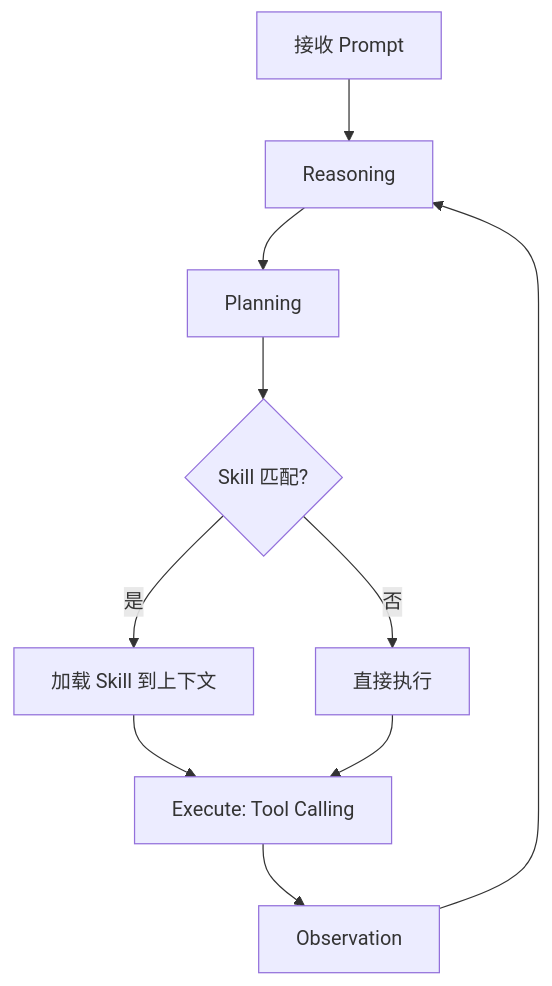
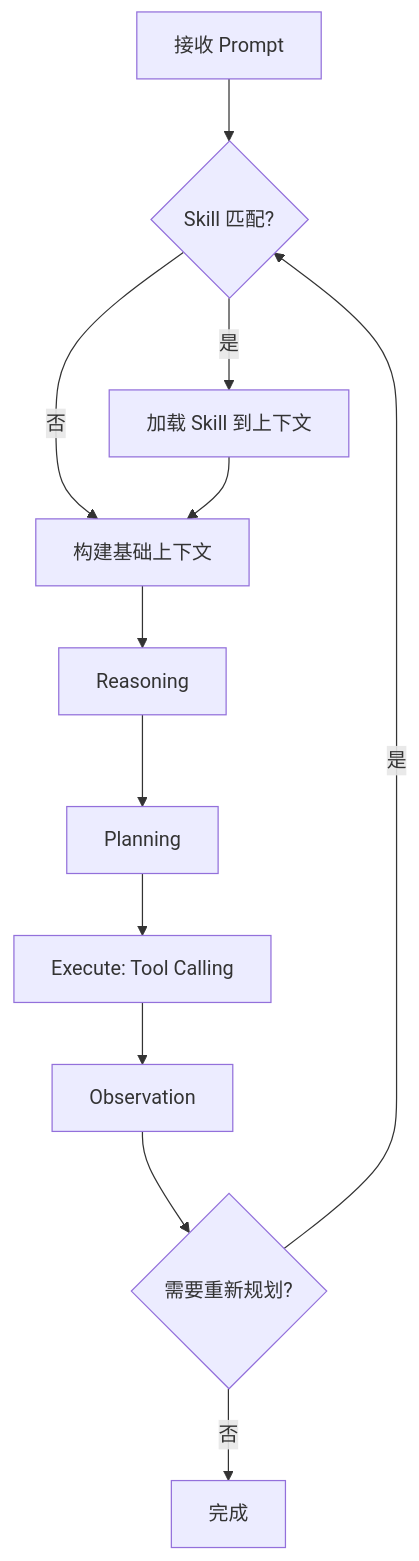
The second of 2 diagrams in docs/chapters/12-skills/README.md (dollarser/modern-ai-agent-architecture), drawn with Mermaid before and after one commit. The commit also changed other lines of this file and 51 other files, not shown here.

````diff
--- a/docs/chapters/12-skills/README.md
+++ b/docs/chapters/12-skills/README.md
@@ -92,12 +92,14 @@
 ```mermaid
 flowchart TD
-    Prompt[接收 Prompt] --> Reason[Reasoning]
+    Prompt[接收 Prompt] --> Match{Skill 匹配?}
+    Match -->|是| Load[加载 Skill 到上下文]
+    Match -->|否| Context[构建基础上下文]
+    Load --> Context
+    Context --> Reason[Reasoning]
     Reason --> Plan[Planning]
-    Plan --> Match{Skill 匹配?}
-    Match -->|是| Load[加载 Skill 到上下文]
-    Match -->|否| Direct[直接执行]
-    Load --> Execute[Execute: Tool Calling]
-    Direct --> Execute
+    Plan --> Execute[Execute: Tool Calling]
     Execute --> Observe[Observation]
-    Observe --> Reason
+    Observe --> Replan{需要重新规划?}
+    Replan -->|是| Match
+    Replan -->|否| Finish[完成]
 ```
````
